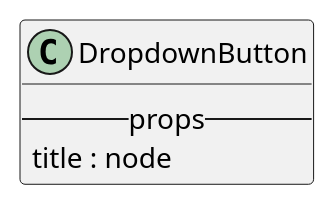
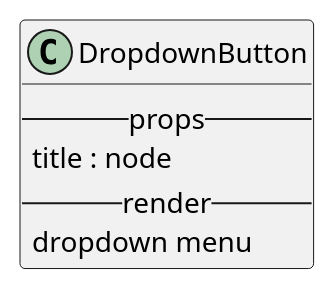
Before and after one commit to M9k/Marvin-Uml: the diagram in react/bootstrap/dropdownbutton.iuml, drawn with PlantUML. The commit also changed 10 other files, not shown here.

```diff
--- a/react/bootstrap/dropdownbutton.iuml
+++ b/react/bootstrap/dropdownbutton.iuml
@@ -1,4 +1,6 @@
 class DropdownButton{
     --props--
          title : node
+    --render--
+        dropdown menu
 }
```
